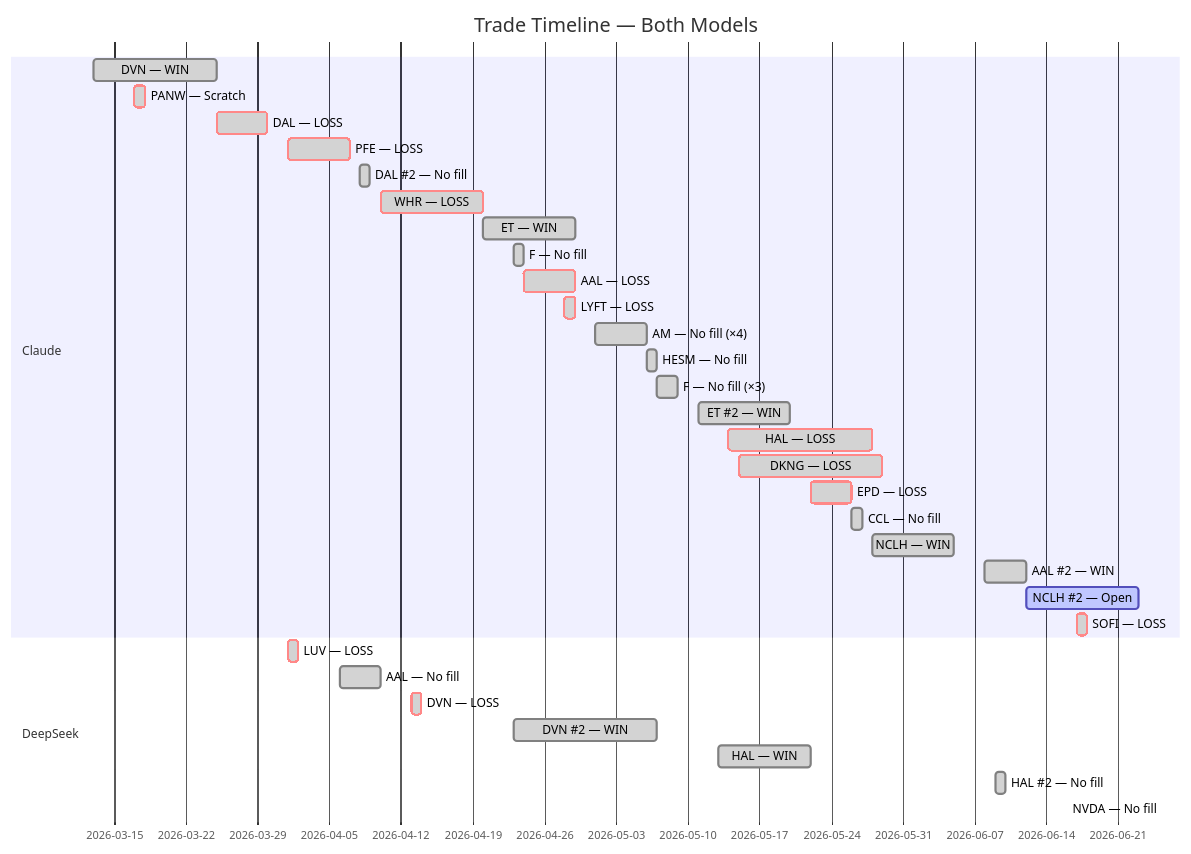
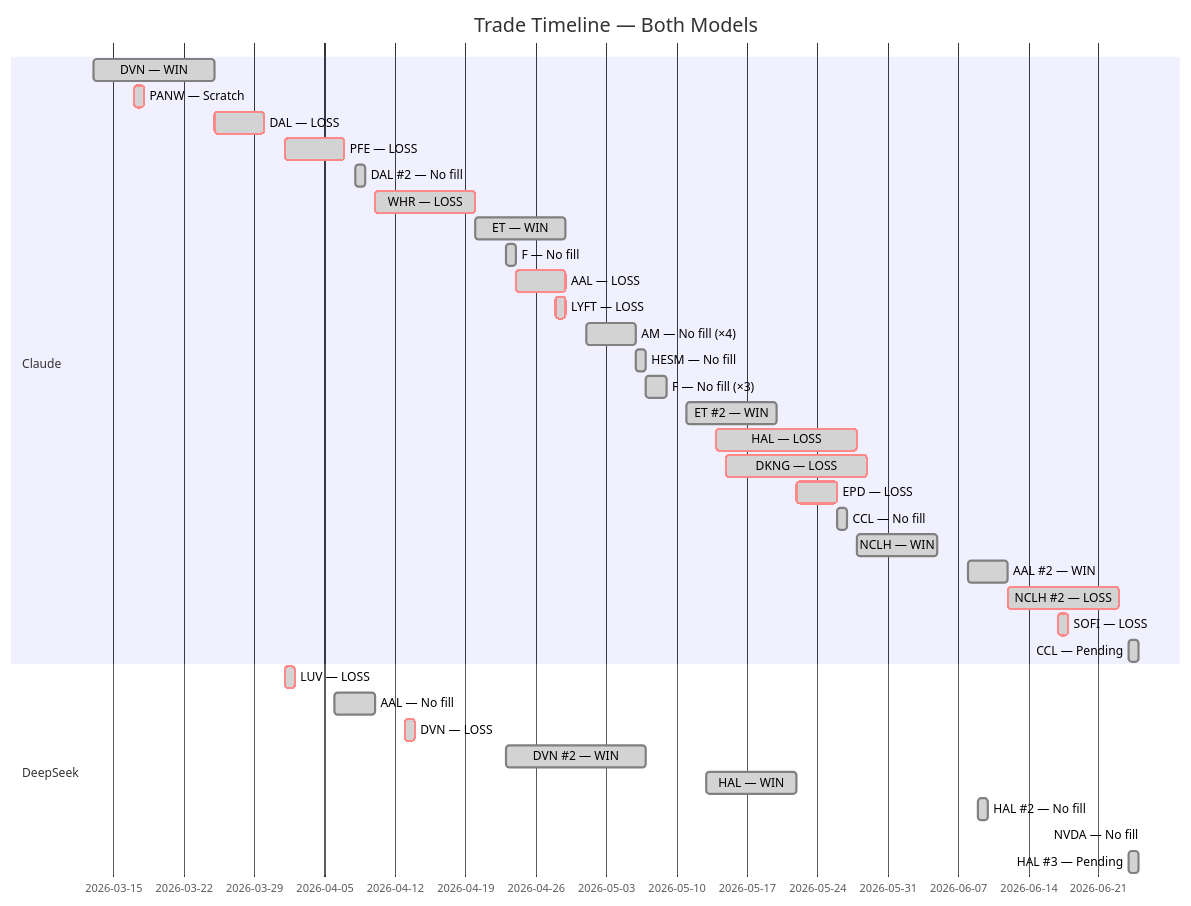
The fifth of 5 diagrams in README.md (zachisit/ai-auto-buy-thesis), drawn with Mermaid before and after one commit. The commit also changed other lines of this file and 2 other files, not shown here.

````diff
--- a/README.md
+++ b/README.md
@@ -63,36 +63,38 @@
 ```mermaid
 gantt
     title Trade Timeline — Both Models
     dateFormat YYYY-MM-DD
     section Claude
     DVN — WIN            :done,    2026-03-13, 2026-03-25
     PANW — Scratch       :crit, done, 2026-03-17, 2026-03-18
     DAL — LOSS           :crit, done, 2026-03-25, 2026-03-30
     PFE — LOSS           :crit, done, 2026-04-01, 2026-04-07
     DAL #2 — No fill     :done,    2026-04-08, 2026-04-09
     WHR — LOSS           :crit, done, 2026-04-10, 2026-04-20
     ET — WIN             :done,    2026-04-20, 2026-04-29
     F — No fill          :done,    2026-04-23, 2026-04-24
     AAL — LOSS           :crit, done, 2026-04-24, 2026-04-29
     LYFT — LOSS          :crit, done, 2026-04-28, 2026-04-29
     AM — No fill (×4)    :done,    2026-05-01, 2026-05-06
     HESM — No fill       :done,    2026-05-06, 2026-05-07
     F — No fill (×3)     :done,    2026-05-07, 2026-05-09
     ET #2 — WIN          :done,    2026-05-11, 2026-05-20
     HAL — LOSS           :crit, done, 2026-05-14, 2026-05-28
     DKNG — LOSS          :crit, done, 2026-05-15, 2026-05-29
     EPD — LOSS           :crit, done, 2026-05-22, 2026-05-26
     CCL — No fill        :done,    2026-05-26, 2026-05-27
     NCLH — WIN           :done,    2026-05-28, 2026-06-05
     AAL #2 — WIN         :done,    2026-06-08, 2026-06-12
-    NCLH #2 — Open       :active,  2026-06-12, 2026-06-23
+    NCLH #2 — LOSS       :crit, done, 2026-06-12, 2026-06-23
     SOFI — LOSS          :crit, done, 2026-06-17, 2026-06-18
+    CCL — Pending        :done,    2026-06-24, 2026-06-25
     section DeepSeek
     LUV — LOSS           :crit, done, 2026-04-01, 2026-04-02
     AAL — No fill        :done,    2026-04-06, 2026-04-10
     DVN — LOSS           :crit, done, 2026-04-13, 2026-04-14
     DVN #2 — WIN         :done,    2026-04-23, 2026-05-07
     HAL — WIN            :done,    2026-05-13, 2026-05-22
     HAL #2 — No fill    :done,    2026-06-09, 2026-06-10
     NVDA — No fill      :done,    2026-06-16, 2026-06-16
+    HAL #3 — Pending    :done,    2026-06-24, 2026-06-25
 ```
````
